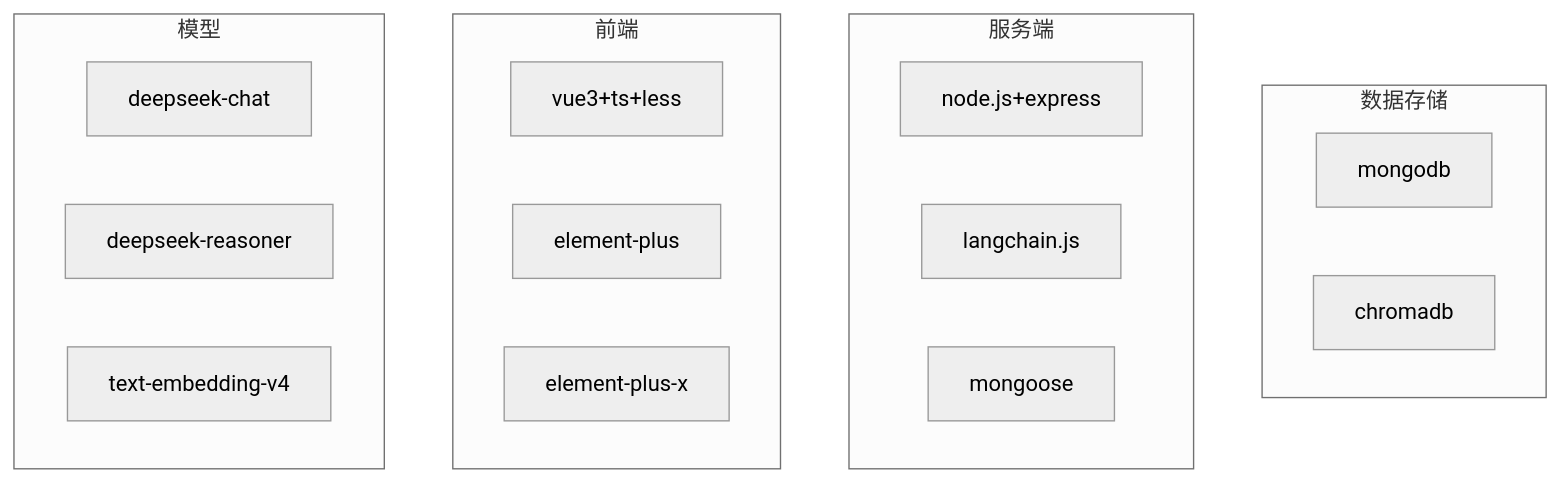
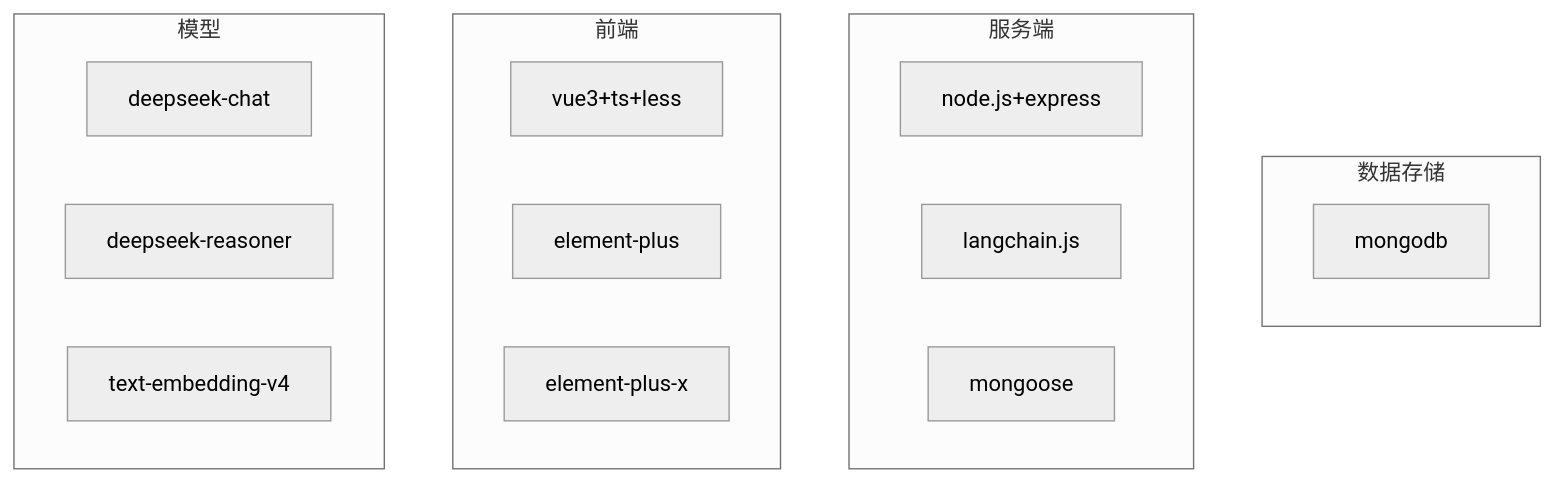
One commit to wangez/aispace changed the first of 2 diagrams in README.md. Above: the diagram before and after it, drawn with Mermaid (neutral theme). The commit also changed other lines of this file, not shown here.

````diff
--- a/README.md
+++ b/README.md
@@ -25,22 +24,21 @@
 ```mermaid
 graph TB
     subgraph 数据存储
         A[mongodb]
-        B[chromadb]
     end
     subgraph 服务端
         C[node.js+express]
         D[langchain.js]
         E[mongoose]
     end
     subgraph 前端
         F[vue3+ts+less]
         G[element-plus]
         H[element-plus-x]
     end
     subgraph 模型
         I[deepseek-chat]
         J[deepseek-reasoner]
         K[text-embedding-v4]
     end
 ```
````
